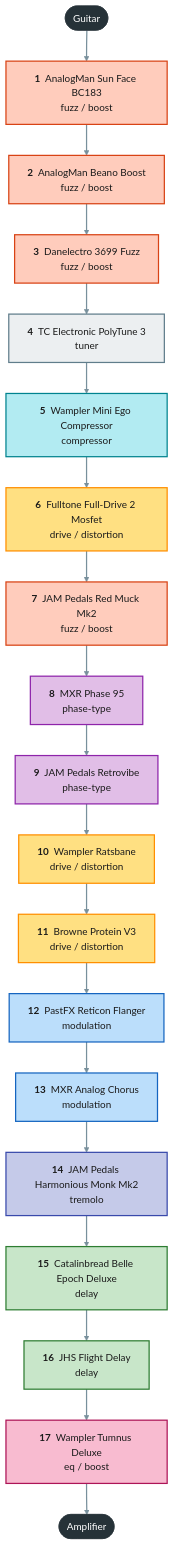
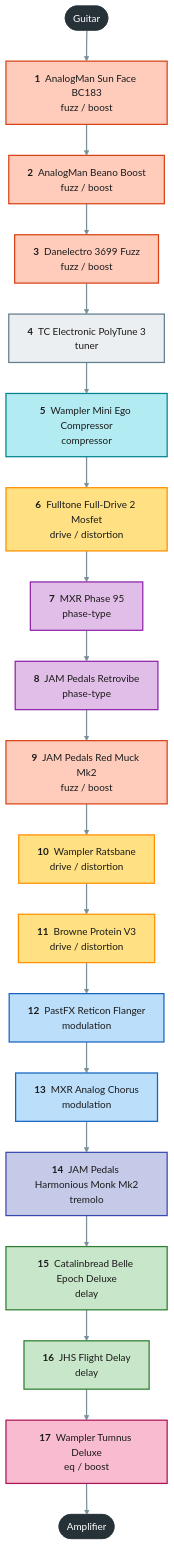
The diagram in projects/guitar-gig/signal-chain.mmd (pedroacvieira/pedalboard), drawn with Mermaid before and after one commit. The commit also changed 3 other files, not shown here.

First line of the commit message:
Put the phaser and vibe ahead of the Red Muck on the gig board

```diff
--- a/projects/guitar-gig/signal-chain.mmd
+++ b/projects/guitar-gig/signal-chain.mmd
@@ -1,32 +1,32 @@
 flowchart TB
     guitar(["Guitar"]):::endpoint
     sun_face["<b>1</b> &nbsp;AnalogMan Sun Face BC183<br/>fuzz / boost"]:::c_fuzz___boost
     beano["<b>2</b> &nbsp;AnalogMan Beano Boost<br/>fuzz / boost"]:::c_fuzz___boost
     danelectro_3699["<b>3</b> &nbsp;Danelectro 3699 Fuzz<br/>fuzz / boost"]:::c_fuzz___boost
     polytune_3["<b>4</b> &nbsp;TC Electronic PolyTune 3<br/>tuner"]:::c_tuner
     mini_ego["<b>5</b> &nbsp;Wampler Mini Ego Compressor<br/>compressor"]:::c_compressor
     fulldrive_2["<b>6</b> &nbsp;Fulltone Full-Drive 2 Mosfet<br/>drive / distortion"]:::c_drive___distortion
-    red_muck["<b>7</b> &nbsp;JAM Pedals Red Muck Mk2<br/>fuzz / boost"]:::c_fuzz___boost
-    phase_95["<b>8</b> &nbsp;MXR Phase 95<br/>phase-type"]:::c_phase_type
-    retrovibe["<b>9</b> &nbsp;JAM Pedals Retrovibe<br/>phase-type"]:::c_phase_type
+    phase_95["<b>7</b> &nbsp;MXR Phase 95<br/>phase-type"]:::c_phase_type
+    retrovibe["<b>8</b> &nbsp;JAM Pedals Retrovibe<br/>phase-type"]:::c_phase_type
+    red_muck["<b>9</b> &nbsp;JAM Pedals Red Muck Mk2<br/>fuzz / boost"]:::c_fuzz___boost
     ratsbane["<b>10</b> &nbsp;Wampler Ratsbane<br/>drive / distortion"]:::c_drive___distortion
     protein["<b>11</b> &nbsp;Browne Protein V3<br/>drive / distortion"]:::c_drive___distortion
     reticon["<b>12</b> &nbsp;PastFX Reticon Flanger<br/>modulation"]:::c_modulation
     analog_chorus["<b>13</b> &nbsp;MXR Analog Chorus<br/>modulation"]:::c_modulation
     monk["<b>14</b> &nbsp;JAM Pedals Harmonious Monk Mk2<br/>tremolo"]:::c_tremolo
     belle_epoch["<b>15</b> &nbsp;Catalinbread Belle Epoch Deluxe<br/>delay"]:::c_delay
     flight_delay["<b>16</b> &nbsp;JHS Flight Delay<br/>delay"]:::c_delay
     tumnus_deluxe["<b>17</b> &nbsp;Wampler Tumnus Deluxe<br/>eq / boost"]:::c_eq___boost
     amp(["Amplifier"]):::endpoint
-    guitar --> sun_face --> beano --> danelectro_3699 --> polytune_3 --> mini_ego --> fulldrive_2 --> red_muck --> phase_95 --> retrovibe --> ratsbane --> protein --> reticon --> analog_chorus --> monk --> belle_epoch --> flight_delay --> tumnus_deluxe --> amp
+    guitar --> sun_face --> beano --> danelectro_3699 --> polytune_3 --> mini_ego --> fulldrive_2 --> phase_95 --> retrovibe --> red_muck --> ratsbane --> protein --> reticon --> analog_chorus --> monk --> belle_epoch --> flight_delay --> tumnus_deluxe --> amp
     classDef endpoint fill:#263238,stroke:#263238,color:#ffffff
     classDef c_tuner fill:#eceff1,stroke:#607d8b,stroke-width:2px,color:#1b1b1b
     classDef c_compressor fill:#b2ebf2,stroke:#00838f,stroke-width:2px,color:#1b1b1b
     classDef c_fuzz___boost fill:#ffccbc,stroke:#d84315,stroke-width:2px,color:#1b1b1b
     classDef c_drive___distortion fill:#ffe082,stroke:#ff8f00,stroke-width:2px,color:#1b1b1b
     classDef c_phase_type fill:#e1bee7,stroke:#8e24aa,stroke-width:2px,color:#1b1b1b
     classDef c_modulation fill:#bbdefb,stroke:#1565c0,stroke-width:2px,color:#1b1b1b
     classDef c_tremolo fill:#c5cae9,stroke:#3949ab,stroke-width:2px,color:#1b1b1b
     classDef c_delay fill:#c8e6c9,stroke:#2e7d32,stroke-width:2px,color:#1b1b1b
     classDef c_eq___boost fill:#f8bbd0,stroke:#ad1457,stroke-width:2px,color:#1b1b1b
     linkStyle default stroke:#78909c,stroke-width:2px
```
